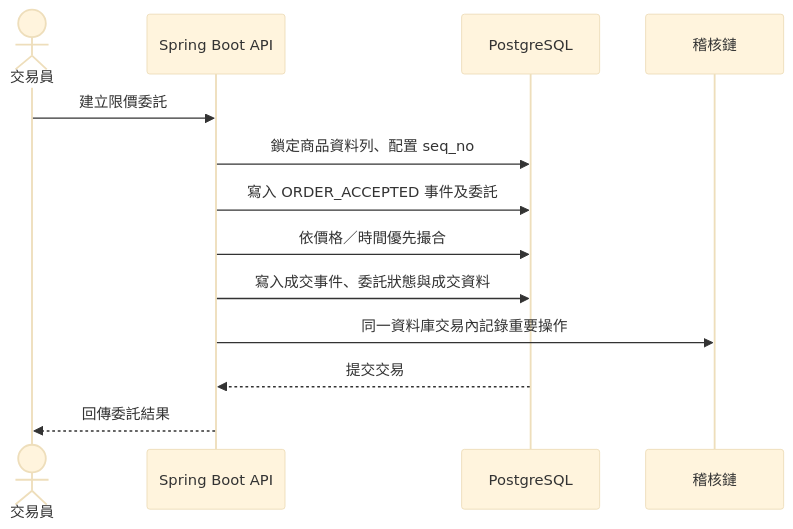
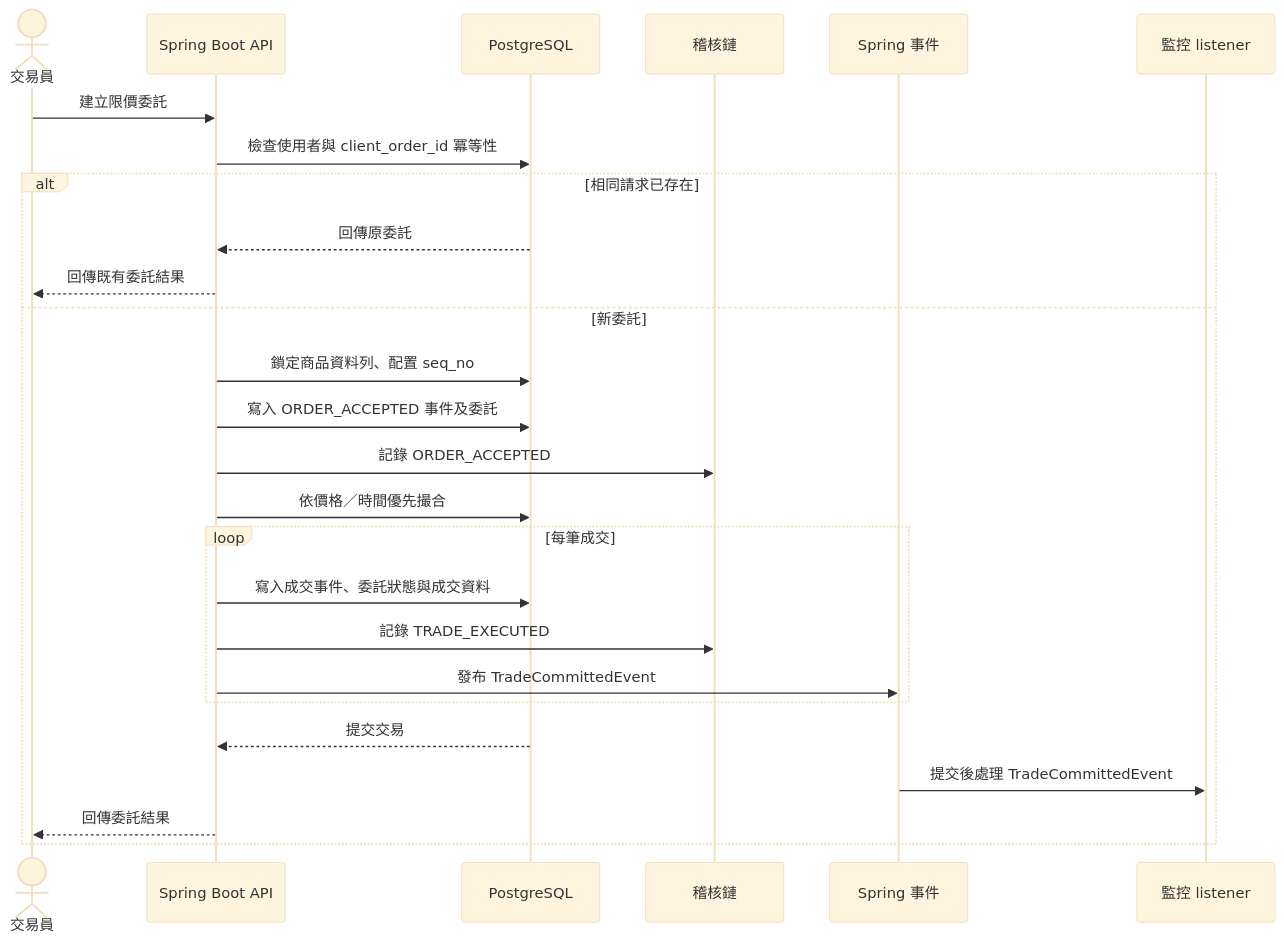
Before and after one commit to elvis356/trade-guard: the diagram in docs/nonstop-tandem.md, drawn with Mermaid (base theme). The commit also changed other lines of this file, not shown here.

Commit message:
Clarify NonStop design documentation

````diff
--- a/docs/nonstop-tandem.md
+++ b/docs/nonstop-tandem.md
@@ -31,15 +31,28 @@
 ```mermaid
 sequenceDiagram
     actor Trader as 交易員
     participant API as Spring Boot API
     participant DB as PostgreSQL
     participant Audit as 稽核鏈
+    participant Events as Spring 事件
+    participant Surveillance as 監控 listener
     Trader->>API: 建立限價委託
+    API->>DB: 檢查使用者與 client_order_id 冪等性
+    alt 相同請求已存在
+        DB-->>API: 回傳原委託
+        API-->>Trader: 回傳既有委託結果
+    else 新委託
     API->>DB: 鎖定商品資料列、配置 seq_no
     API->>DB: 寫入 ORDER_ACCEPTED 事件及委託
+    API->>Audit: 記錄 ORDER_ACCEPTED
     API->>DB: 依價格／時間優先撮合
-    API->>DB: 寫入成交事件、委託狀態與成交資料
-    API->>Audit: 同一資料庫交易內記錄重要操作
+    loop 每筆成交
+        API->>DB: 寫入成交事件、委託狀態與成交資料
+        API->>Audit: 記錄 TRADE_EXECUTED
+        API->>Events: 發布 TradeCommittedEvent
+    end
     DB-->>API: 提交交易
+    Events->>Surveillance: 提交後處理 TradeCommittedEvent
     API-->>Trader: 回傳委託結果
+    end
 ```
````
